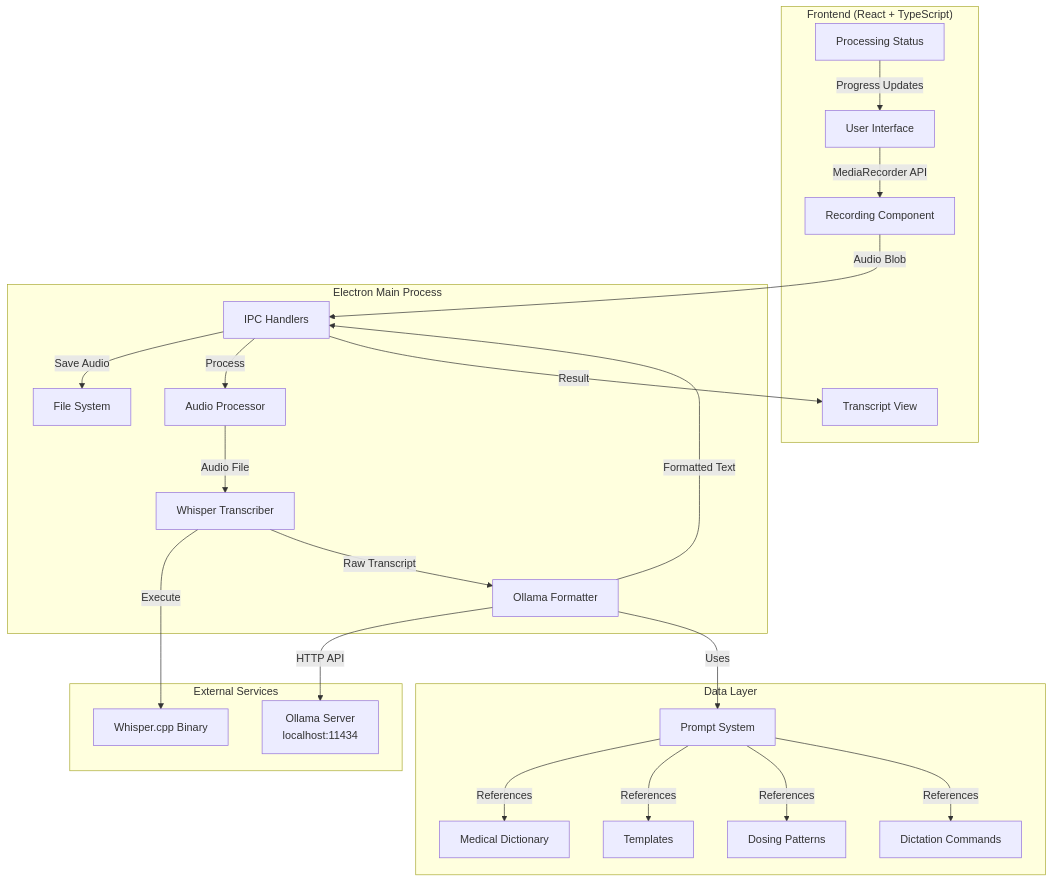
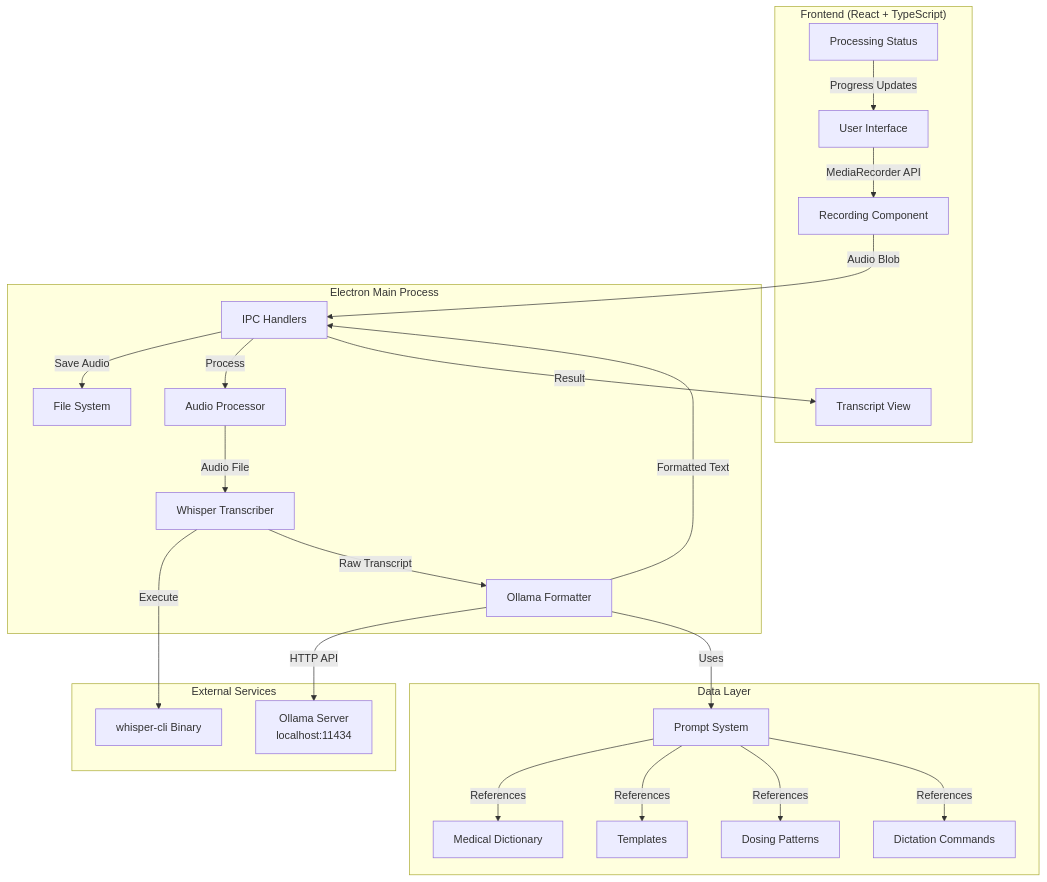
Before and after one commit to marchatton/doctor-dictate: the first of 8 diagrams in docs/design/system-architecture.md, drawn with Mermaid. The commit also changed other lines of this file and 36 other files, not shown here.

````diff
--- a/docs/design/system-architecture.md
+++ b/docs/design/system-architecture.md
@@ -9,47 +9,47 @@
 ```mermaid
 graph TB
     subgraph "Frontend (React + TypeScript)"
         UI[User Interface]
         REC[Recording Component]
         TRANS[Transcript View]
         PROC[Processing Status]
     end
 
     subgraph "Electron Main Process"
         IPC[IPC Handlers]
         AUDIO[Audio Processor]
         WHISPER[Whisper Transcriber]
         OLLAMA[Ollama Formatter]
         FS[File System]
     end
 
     subgraph "External Services"
-        WCPP[Whisper.cpp Binary]
+        WCPP[whisper-cli Binary]
         OLLAMASRV[Ollama Server<br/>localhost:11434]
     end
 
     subgraph "Data Layer"
         DICT[Medical Dictionary]
         TEMPLATES[Templates]
         PROMPTS[Prompt System]
         DOSING[Dosing Patterns]
         COMMANDS[Dictation Commands]
     end
 
     UI --> |MediaRecorder API| REC
     REC --> |Audio Blob| IPC
     IPC --> |Save Audio| FS
     IPC --> |Process| AUDIO
     AUDIO --> |Audio File| WHISPER
     WHISPER --> |Execute| WCPP
     WHISPER --> |Raw Transcript| OLLAMA
     OLLAMA --> |HTTP API| OLLAMASRV
     OLLAMA --> |Uses| PROMPTS
     PROMPTS --> |References| DICT
     PROMPTS --> |References| TEMPLATES
     PROMPTS --> |References| DOSING
     PROMPTS --> |References| COMMANDS
     OLLAMA --> |Formatted Text| IPC
     IPC --> |Result| TRANS
     PROC --> |Progress Updates| UI
 ```
````
